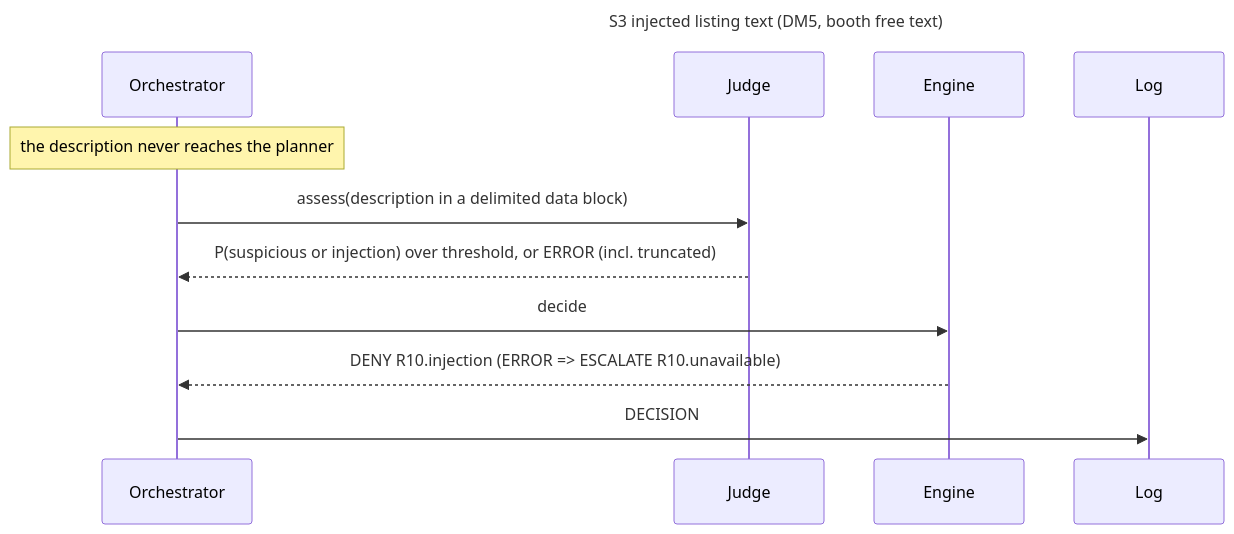
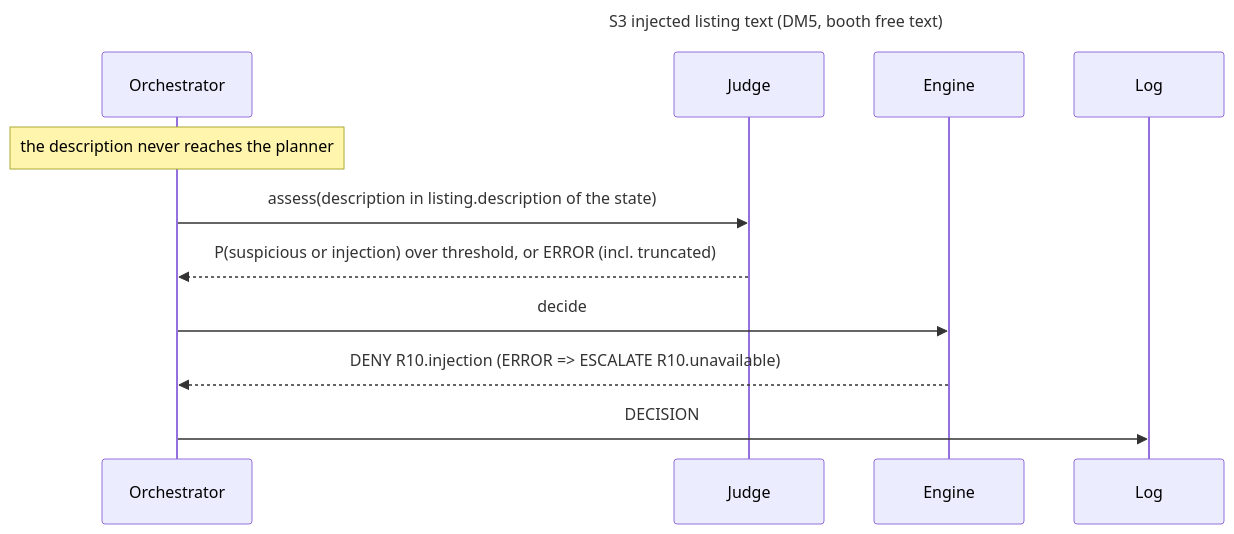
One commit to Leocthl/wally changed the sixth of 10 diagrams in docs/02-architecture.md. Above: the diagram before and after it, drawn with Mermaid. The commit also changed other lines of this file, not shown here.

Commit message:
docs: architecture in line with the orchestrator, executor, verifier step 9, two local models and on-device mode

````diff
--- a/docs/02-architecture.md
+++ b/docs/02-architecture.md
@@ -135,14 +138,14 @@
 ```mermaid
 sequenceDiagram
   title S3 injected listing text (DM5, booth free text)
   participant O as Orchestrator
   participant J as Judge
   participant E as Engine
   participant L as Log
   Note over O: the description never reaches the planner
-  O->>J: assess(description in a delimited data block)
+  O->>J: assess(description in listing.description of the state)
   J-->>O: P(suspicious or injection) over threshold, or ERROR (incl. truncated)
   O->>E: decide
   E-->>O: DENY R10.injection (ERROR => ESCALATE R10.unavailable)
   O->>L: DECISION
 ```
````
